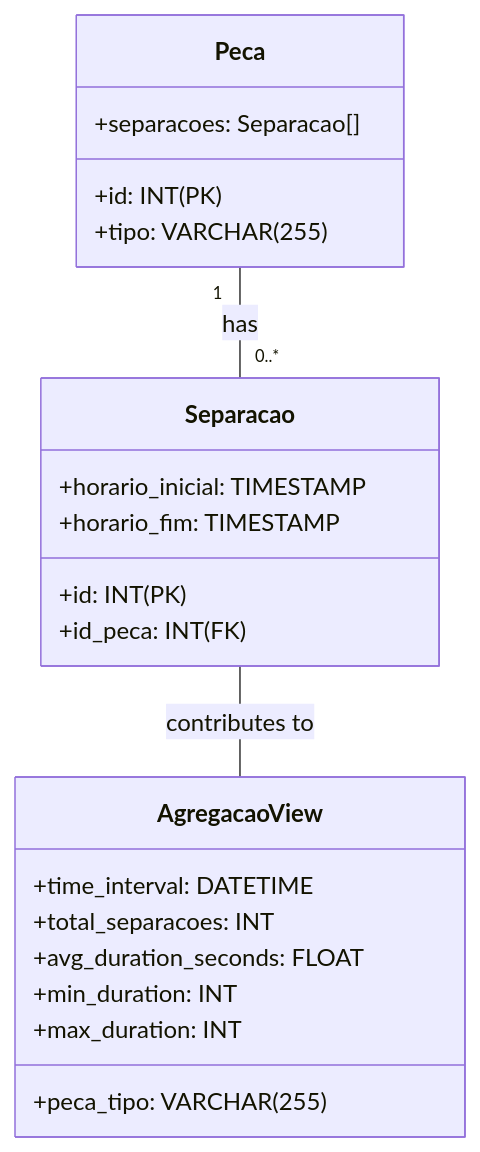
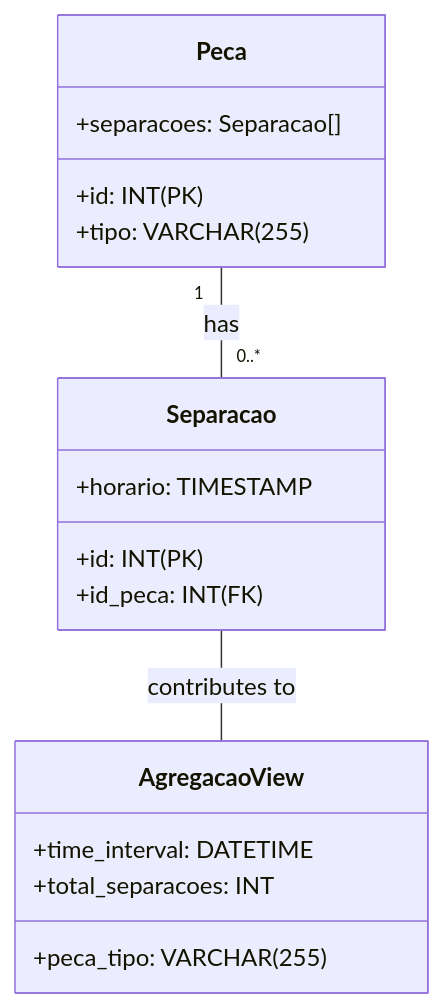
The diagram in database_diagram.md (ProjetoIntegradorADSSenai/API), drawn with Mermaid before and after one commit. The commit also changed 9 other files, not shown here.

````diff
--- a/database_diagram.md
+++ b/database_diagram.md
@@ -1,27 +1,23 @@
 ```mermaid
 classDiagram
     class Peca {
         +id: INT (PK)
         +tipo: VARCHAR(255)
         +separacoes: Separacao[]
     }
 
     class Separacao {
         +id: INT (PK)
         +id_peca: INT (FK)
-        +horario_inicial: TIMESTAMP
-        +horario_fim: TIMESTAMP
+        +horario: TIMESTAMP
     }
 
     class AgregacaoView {
         +peca_tipo: VARCHAR(255)
         +time_interval: DATETIME
         +total_separacoes: INT
-        +avg_duration_seconds: FLOAT
-        +min_duration: INT
-        +max_duration: INT
     }
 
     Peca "1" -- "0..*" Separacao : has
     Separacao -- AgregacaoView : contributes to
 ```
````
